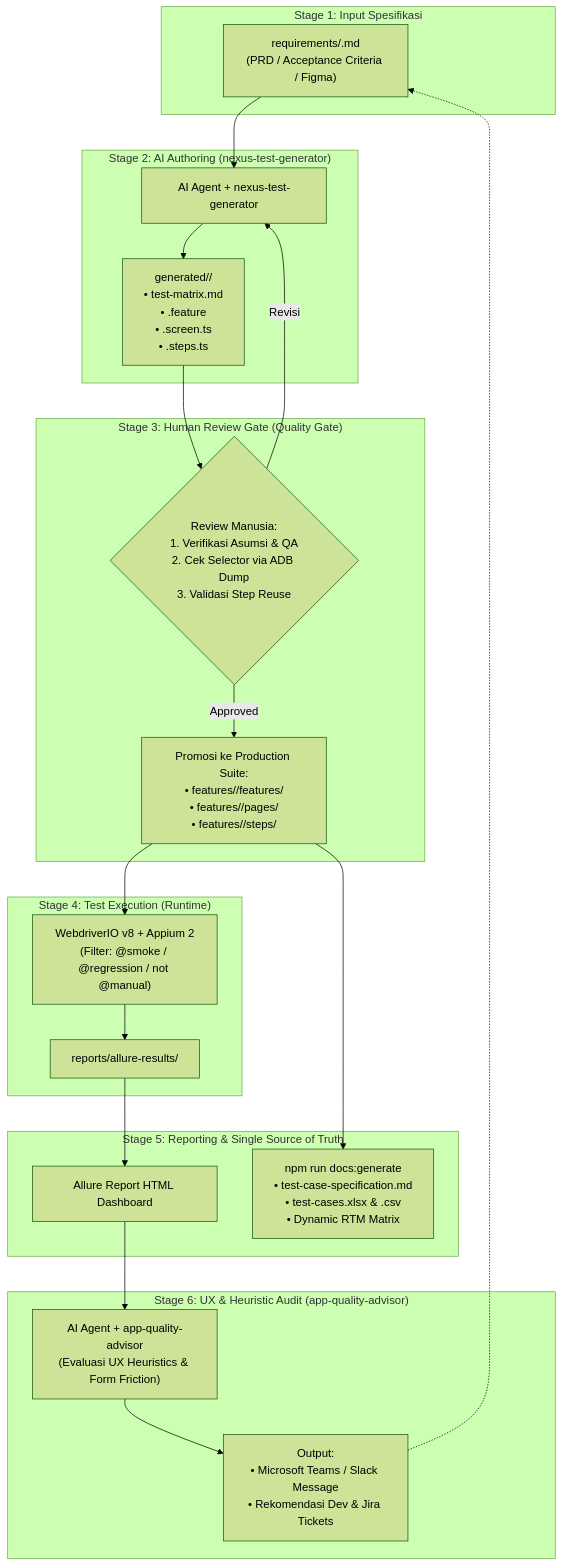
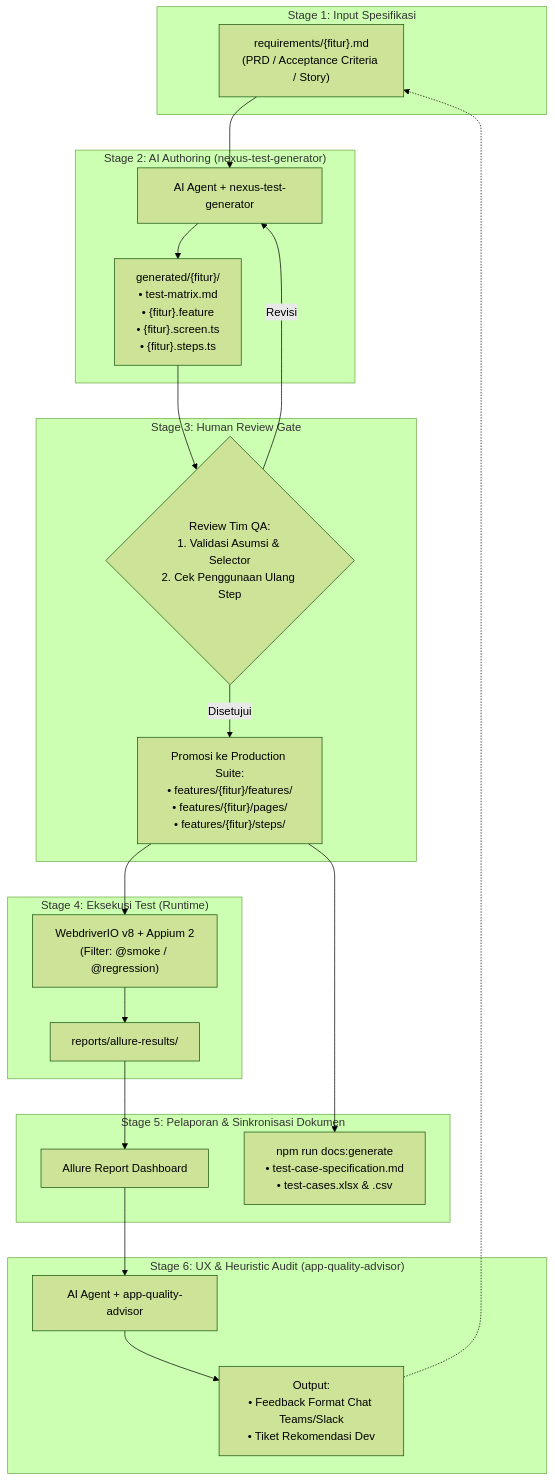
One commit to fraharjo/kotakin-mobile-automation changed the diagram in README.md. Above: the diagram before and after it, drawn with Mermaid (forest theme). The commit also changed other lines of this file and 12 other files, not shown here.

Commit message:
refactor: rename JIRA tags to REQ, sync docs, add FAQ and quickstart updates

````diff
--- a/README.md
+++ b/README.md
@@ -34,43 +58,43 @@
 ```mermaid
 flowchart TD
     subgraph STAGE_1 ["Stage 1: Input Spesifikasi"]
-        REQ["requirements/<fitur>.md<br/>(PRD / Acceptance Criteria / Figma)"]
+        REQ["requirements/{fitur}.md<br/>(PRD / Acceptance Criteria / Story)"]
     end
 
     subgraph STAGE_2 ["Stage 2: AI Authoring (nexus-test-generator)"]
         AGENT_GEN["AI Agent + nexus-test-generator"]
-        DRAFT["generated/<fitur>/<br/>• test-matrix.md<br/>• <fitur>.feature<br/>• <fitur>.screen.ts<br/>• <fitur>.steps.ts"]
+        DRAFT["generated/{fitur}/<br/>• test-matrix.md<br/>• {fitur}.feature<br/>• {fitur}.screen.ts<br/>• {fitur}.steps.ts"]
         REQ --> AGENT_GEN
         AGENT_GEN --> DRAFT
     end
 
-    subgraph STAGE_3 ["Stage 3: Human Review Gate (Quality Gate)"]
-        GATE{"Review Manusia:<br/>1. Verifikasi Asumsi & QA<br/>2. Cek Selector via ADB Dump<br/>3. Validasi Step Reuse"}
+    subgraph STAGE_3 ["Stage 3: Human Review Gate"]
+        GATE{"Review Tim QA:<br/>1. Validasi Asumsi & Selector<br/>2. Cek Penggunaan Ulang Step"}
         DRAFT --> GATE
-        PROMOTED["Promosi ke Production Suite:<br/>• features/<fitur>/features/<br/>• features/<fitur>/pages/<br/>• features/<fitur>/steps/"]
-        GATE -- "Approved" --> PROMOTED
+        PROMOTED["Promosi ke Production Suite:<br/>• features/{fitur}/features/<br/>• features/{fitur}/pages/<br/>• features/{fitur}/steps/"]
+        GATE -- "Disetujui" --> PROMOTED
         GATE -- "Revisi" --> AGENT_GEN
     end
 
-    subgraph STAGE_4 ["Stage 4: Test Execution (Runtime)"]
-        RUNNER["WebdriverIO v8 + Appium 2<br/>(Filter: @smoke / @regression / not @manual)"]
+    subgraph STAGE_4 ["Stage 4: Eksekusi Test (Runtime)"]
+        RUNNER["WebdriverIO v8 + Appium 2<br/>(Filter: @smoke / @regression)"]
         PROMOTED --> RUNNER
         RESULTS["reports/allure-results/"]
         RUNNER --> RESULTS
     end
 
-    subgraph STAGE_5 ["Stage 5: Reporting & Single Source of Truth"]
-        REPORT["Allure Report HTML Dashboard"]
-        DOCS["npm run docs:generate<br/>• test-case-specification.md<br/>• test-cases.xlsx & .csv<br/>• Dynamic RTM Matrix"]
+    subgraph STAGE_5 ["Stage 5: Pelaporan & Sinkronisasi Dokumen"]
+        REPORT["Allure Report Dashboard"]
+        DOCS["npm run docs:generate<br/>• test-case-specification.md<br/>• test-cases.xlsx & .csv"]
         RESULTS --> REPORT
         PROMOTED --> DOCS
     end
 
     subgraph STAGE_6 ["Stage 6: UX & Heuristic Audit (app-quality-advisor)"]
-        ADVISOR["AI Agent + app-quality-advisor<br/>(Evaluasi UX Heuristics & Form Friction)"]
-        FEEDBACK["Output:<br/>• Microsoft Teams / Slack Message<br/>• Rekomendasi Dev & Jira Tickets"]
+        ADVISOR["AI Agent + app-quality-advisor"]
+        FEEDBACK["Output:<br/>• Feedback Format Chat Teams/Slack<br/>• Tiket Rekomendasi Dev"]
         REPORT --> ADVISOR
         ADVISOR --> FEEDBACK
         FEEDBACK -.-> REQ
     end
 ```
````
